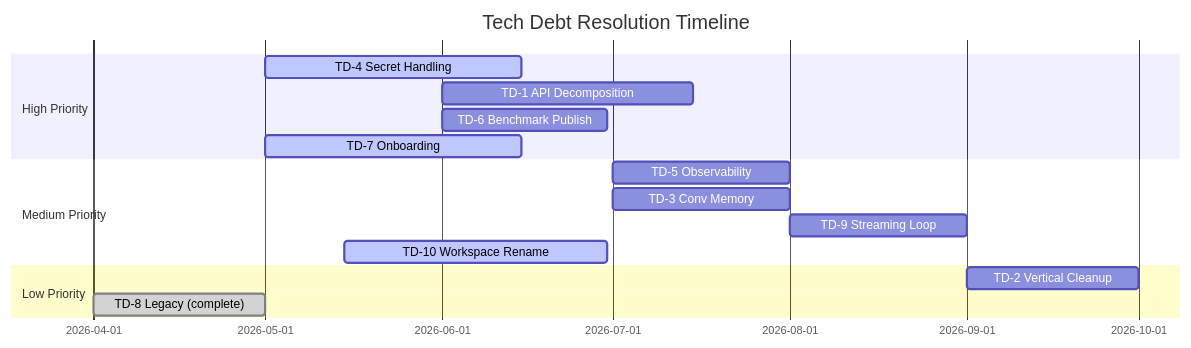
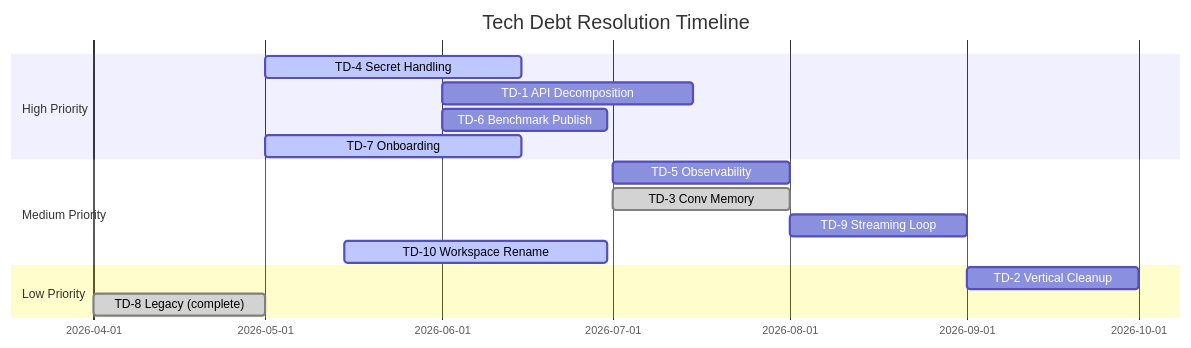
Before and after one commit to vjsingh1984/victor: the fourth of 4 diagrams in docs/tech-stack.md, drawn with Mermaid. The commit also changed other lines of this file and 5 other files, not shown here.

````diff
--- a/docs/tech-stack.md
+++ b/docs/tech-stack.md
@@ -241,18 +241,18 @@
 ```mermaid
 gantt
     title Tech Debt Resolution Timeline
     dateFormat YYYY-MM-DD
     section High Priority
         TD-4 Secret Handling     :active, a1, 2026-05-01, 2026-06-15
         TD-1 API Decomposition   : a2, 2026-06-01, 2026-07-15
         TD-6 Benchmark Publish   : a3, 2026-06-01, 2026-06-30
         TD-7 Onboarding          :active, a4, 2026-05-01, 2026-06-15
     section Medium Priority
         TD-5 Observability       : b1, 2026-07-01, 2026-08-01
-        TD-3 Conv Memory         : b2, 2026-07-01, 2026-08-01
+        TD-3 Conv Memory         :done, b2, 2026-07-01, 2026-08-01
         TD-9 Streaming Loop      : b3, 2026-08-01, 2026-09-01
         TD-10 Workspace Rename   :active, b4, 2026-05-15, 2026-06-30
     section Low Priority
         TD-2 Vertical Cleanup    : c1, 2026-09-01, 2026-10-01
         TD-8 Legacy (complete)   :done, c2, 2026-04-01, 2026-05-01
 ```
````
